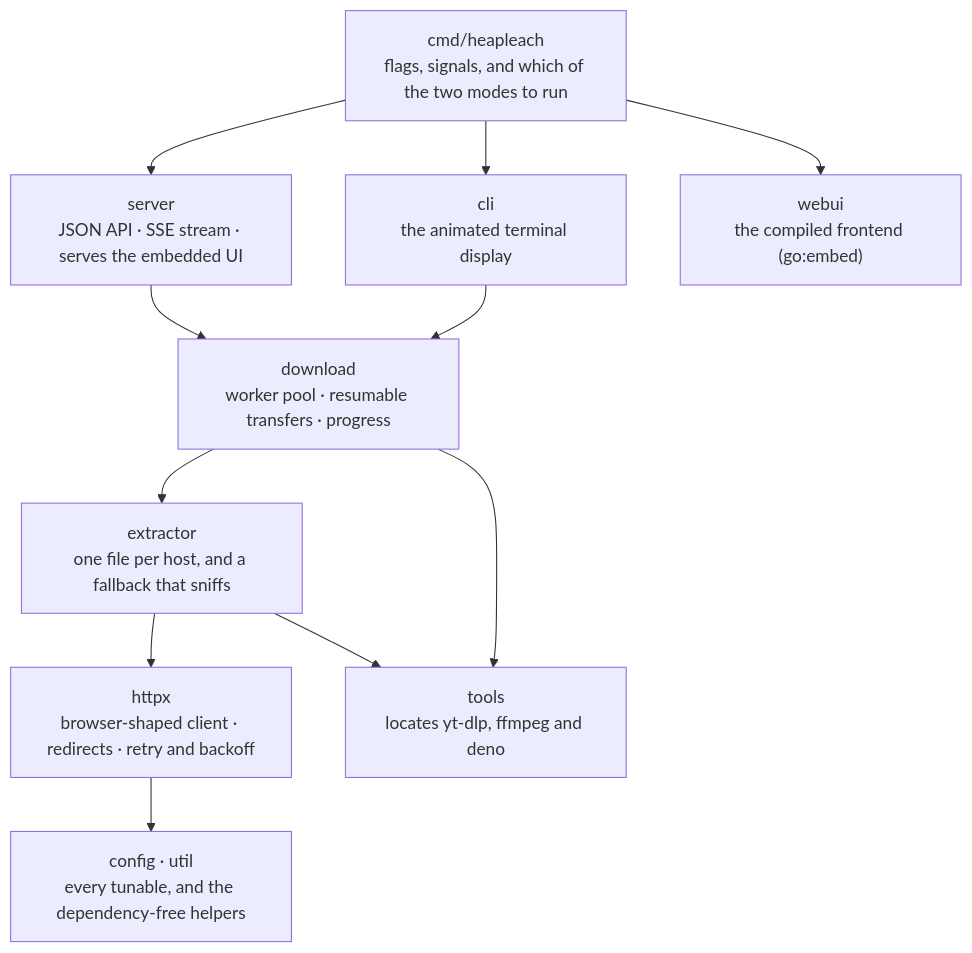
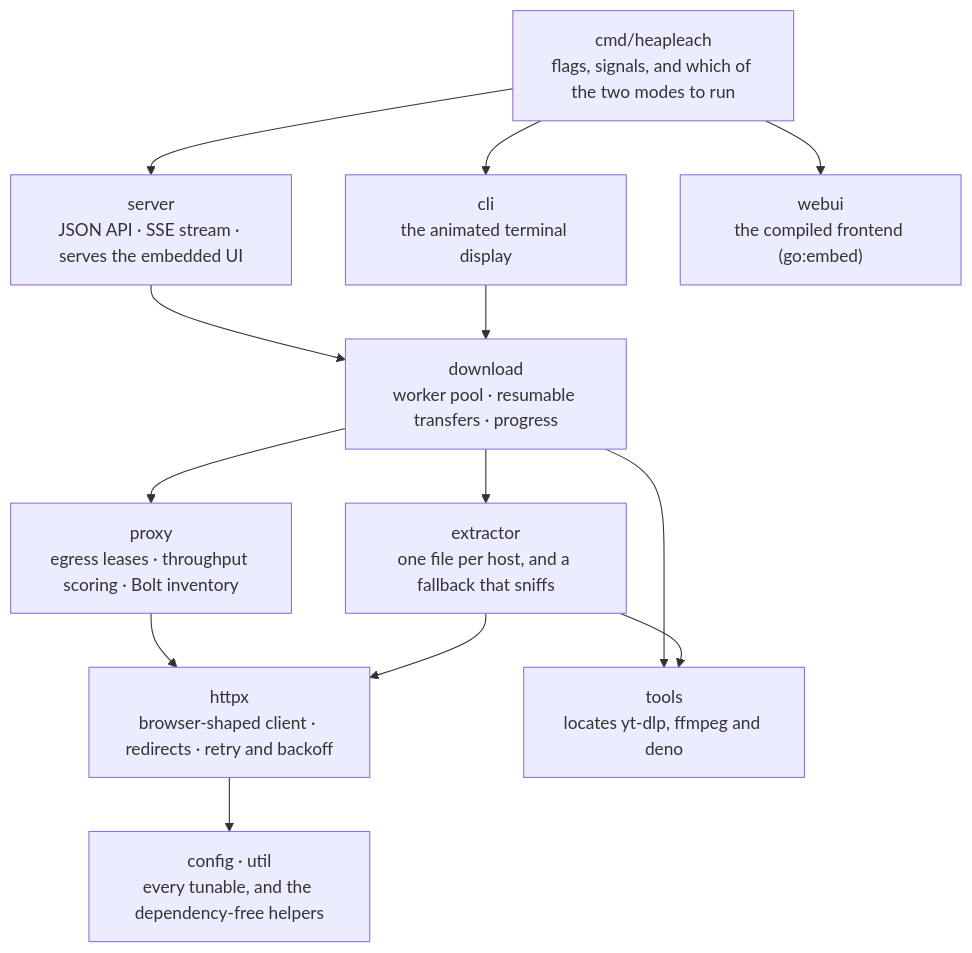
The second of 2 diagrams in README.md (JohanLindvall/HeapLeach), drawn with Mermaid before and after one commit. The commit also changed other lines of this file and 24 other files, not shown here.

````diff
--- a/README.md
+++ b/README.md
@@ -750,25 +794,28 @@
 ```mermaid
 flowchart TD
     main["cmd/heapleach<br>flags, signals, and which of the two modes to run"]
     main --> server
     main --> cli
     main --> webui
 
     server["server<br>JSON API · SSE stream · serves the embedded UI"]
     cli["cli<br>the animated terminal display"]
     webui["webui<br>the compiled frontend (go:embed)"]
 
     server --> download
     cli --> download
     download["download<br>worker pool · resumable transfers · progress"]
     download --> extractor
+    download --> proxy
+    proxy["proxy<br>egress leases · throughput scoring · Bolt inventory"]
+    proxy --> httpx
     extractor["extractor<br>one file per host, and a fallback that sniffs"]
     extractor --> httpx
     httpx["httpx<br>browser-shaped client · redirects · retry and backoff"]
     httpx --> base
 
     download --> tools
     extractor --> tools
     tools["tools<br>locates yt-dlp, ffmpeg and deno"]
     base["config · util<br>every tunable, and the dependency-free helpers"]
 ```
````
